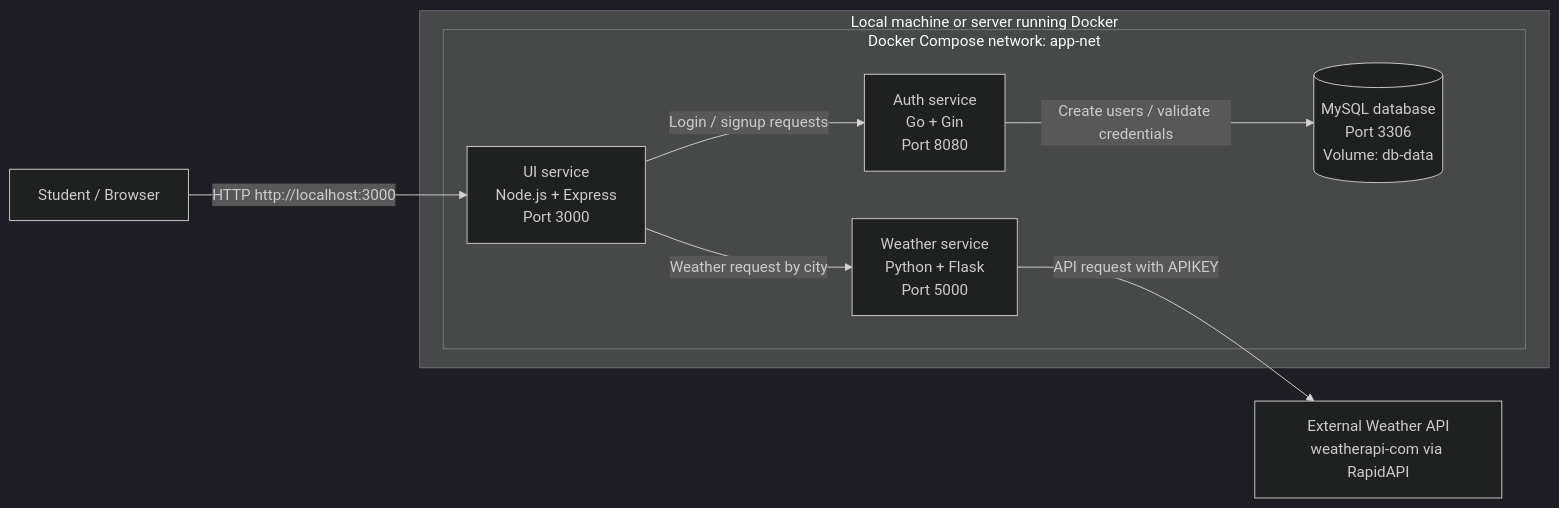
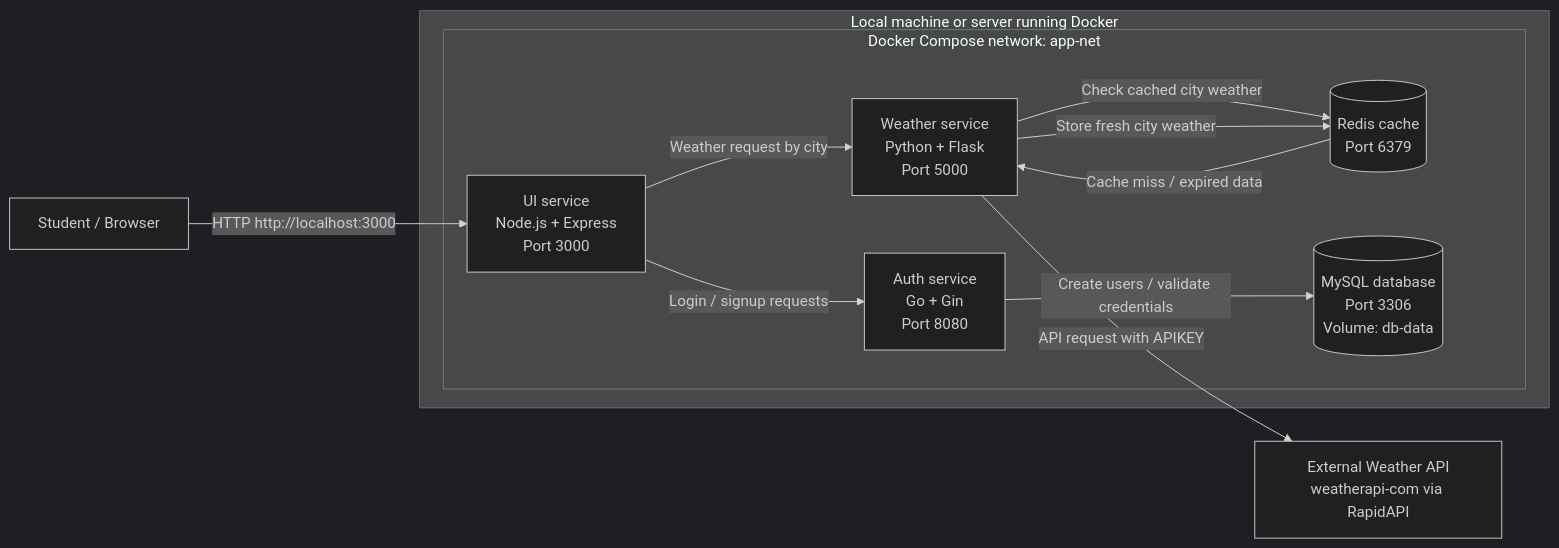
Before and after one commit to TECH-TENA/carles-weatherapp: the diagram in README.md, drawn with Mermaid (dark theme). The commit also changed other lines of this file, not shown here.

Commit message:
docs: add redis to architecture flow

````diff
--- a/README.md
+++ b/README.md
@@ -7,21 +7,25 @@
 ```mermaid
 flowchart LR
     User[Student / Browser]
 
     subgraph DockerHost[Local machine or server running Docker]
         subgraph AppNetwork[Docker Compose network: app-net]
             UI[UI service\nNode.js + Express\nPort 3000]
             Auth[Auth service\nGo + Gin\nPort 8080]
             Weather[Weather service\nPython + Flask\nPort 5000]
+            Redis[(Redis cache\nPort 6379)]
             DB[(MySQL database\nPort 3306\nVolume: db-data)]
         end
     end
 
     WeatherAPI[External Weather API\nweatherapi-com via RapidAPI]
 
     User -->|HTTP http://localhost:3000| UI
     UI -->|Login / signup requests| Auth
     Auth -->|Create users / validate credentials| DB
     UI -->|Weather request by city| Weather
+    Weather -->|Check cached city weather| Redis
+    Redis -->|Cache miss / expired data| Weather
     Weather -->|API request with APIKEY| WeatherAPI
+    Weather -->|Store fresh city weather| Redis
 ```
````
